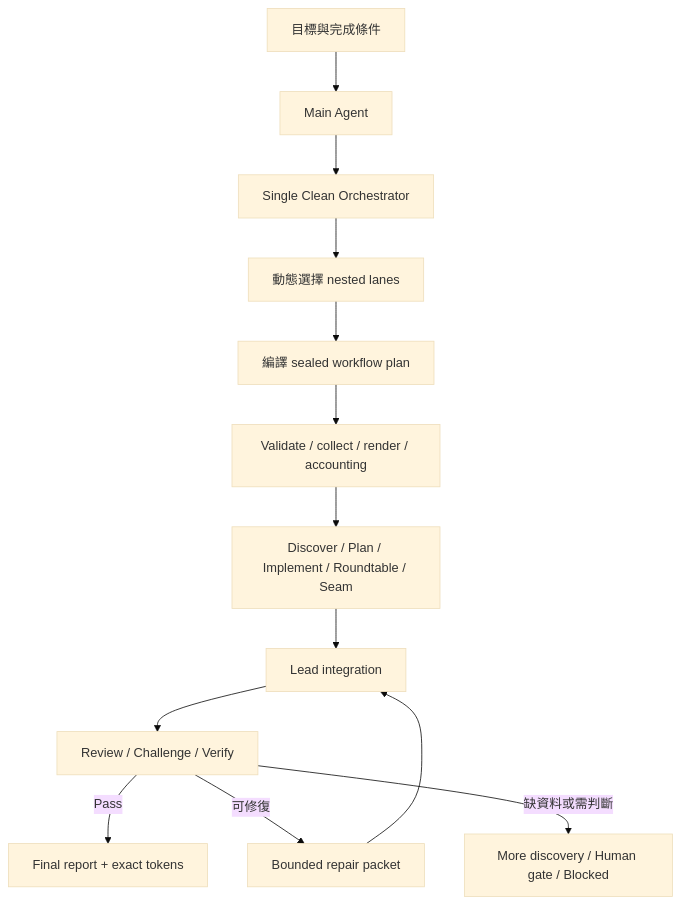
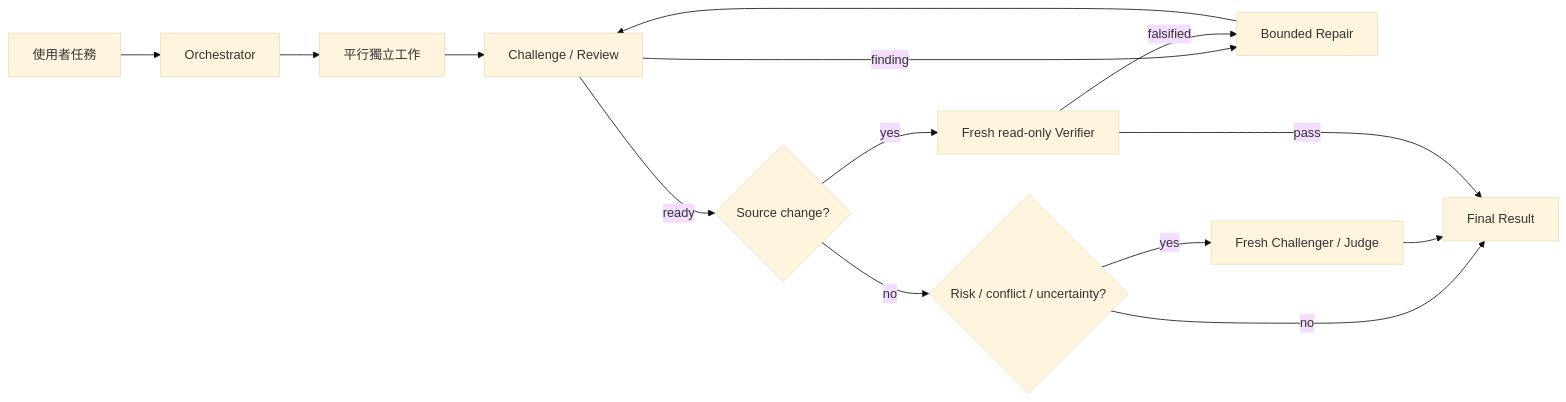
One commit to shaokanp/pi-skills changed the diagram in skills/agent-workflow/README.md. Above: the diagram before and after it, drawn with Mermaid (base theme). The commit also changed other lines of this file and 107 other files, not shown here.

Commit message:
Replace Agent Workflow runtime with native 2.0

````diff
--- a/skills/agent-workflow/README.md
+++ b/skills/agent-workflow/README.md
@@ -87,15 +30,16 @@
 ```mermaid
-flowchart TD
-    Goal["目標與完成條件"] --> Main["Main Agent"]
-    Main --> Clean["Single Clean Orchestrator"]
-    Clean --> Lanes["動態選擇 nested lanes"]
-    Lanes --> Compile["編譯 sealed workflow plan"]
-    Compile --> Controller["Validate / collect / render / accounting"]
-    Controller --> Work["Discover / Plan / Implement / Roundtable / Seam"]
-    Work --> Integrate["Lead integration"]
-    Integrate --> Assess["Review / Challenge / Verify"]
-    Assess -->|"Pass"| Report["Final report + exact tokens"]
-    Assess -->|"可修復"| Repair["Bounded repair packet"]
-    Repair --> Integrate
-    Assess -->|"缺資料或需判斷"| Gate["More discovery / Human gate / Blocked"]
+flowchart LR
+    U["使用者任務"] --> O["Orchestrator"]
+    O --> A["平行獨立工作"]
+    A --> C["Challenge / Review"]
+    C -->|"finding"| R["Bounded Repair"]
+    R --> C
+    C -->|"ready"| T{"Source change?"}
+    T -->|"yes"| V["Fresh read-only Verifier"]
+    T -->|"no"| Q{"Risk / conflict / uncertainty?"}
+    Q -->|"yes"| J["Fresh Challenger / Judge"]
+    Q -->|"no"| F["Final Result"]
+    J --> F
+    V -->|"pass"| F["Final Result"]
+    V -->|"falsified"| R
 ```
````
